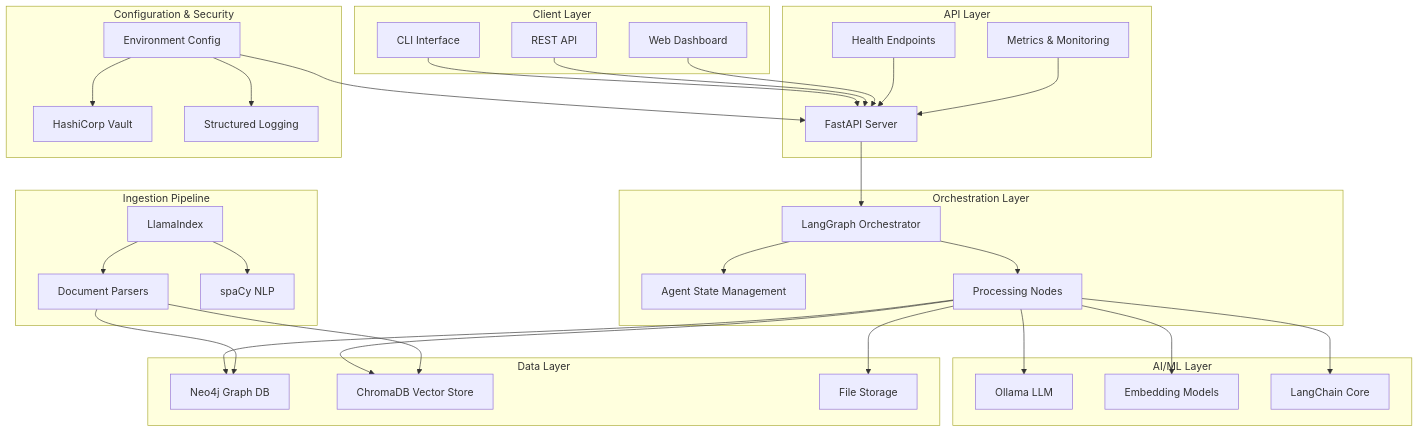
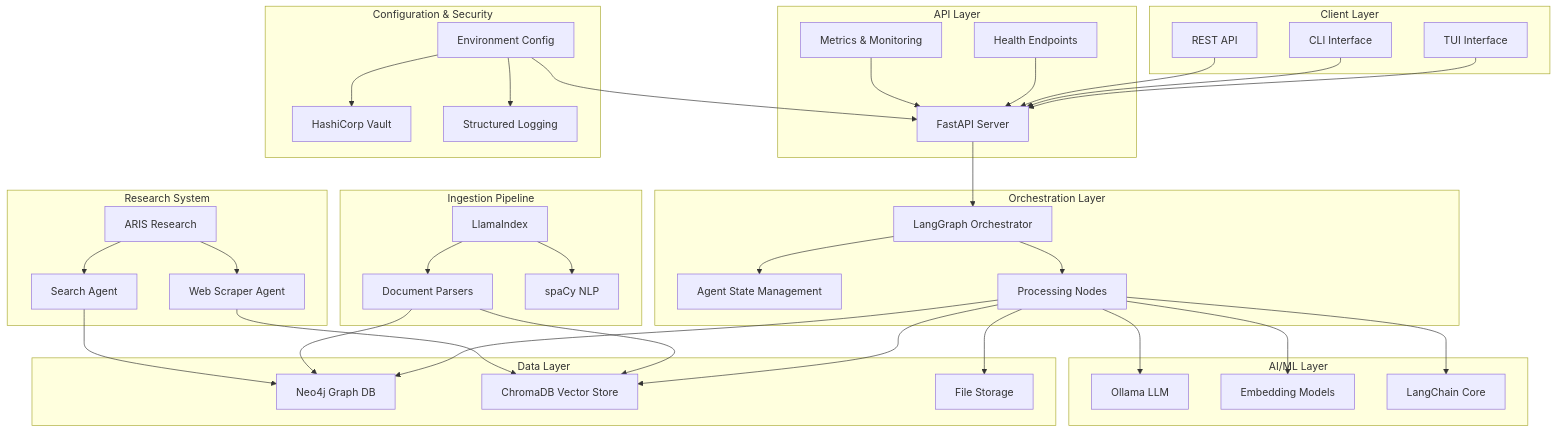
One commit to funkyflowstudios/cognitive-orchestration-stack changed the first of 2 diagrams in README.md. Above: the diagram before and after it, drawn with Mermaid. The commit also changed other lines of this file and 43 other files, not shown here.

````diff
--- a/README.md
+++ b/README.md
@@ -7,71 +7,82 @@
 ```mermaid
 graph TB
     subgraph "Client Layer"
+        TUI[TUI Interface]
         CLI[CLI Interface]
         API[REST API]
-        WEB[Web Dashboard]
     end
 
     subgraph "API Layer"
         FASTAPI[FastAPI Server]
         HEALTH[Health Endpoints]
         METRICS[Metrics & Monitoring]
     end
 
     subgraph "Orchestration Layer"
         LANGGRAPH[LangGraph Orchestrator]
         STATE[Agent State Management]
         NODES[Processing Nodes]
     end
 
     subgraph "AI/ML Layer"
         OLLAMA[Ollama LLM]
         EMBEDDINGS[Embedding Models]
         LANGCHAIN[LangChain Core]
     end
 
     subgraph "Data Layer"
         NEO4J[Neo4j Graph DB]
         CHROMADB[ChromaDB Vector Store]
         FILES[File Storage]
     end
 
     subgraph "Ingestion Pipeline"
         LLAMAINDEX[LlamaIndex]
         PARSERS[Document Parsers]
         SPACY[spaCy NLP]
     end
 
+    subgraph "Research System"
+        ARIS[ARIS Research]
+        SCRAPER[Web Scraper Agent]
+        SEARCH[Search Agent]
+    end
+
     subgraph "Configuration & Security"
         CONFIG[Environment Config]
         VAULT[HashiCorp Vault]
         LOGS[Structured Logging]
     end
 
+    TUI --> FASTAPI
     CLI --> FASTAPI
     API --> FASTAPI
-    WEB --> FASTAPI
 
     FASTAPI --> LANGGRAPH
     HEALTH --> FASTAPI
     METRICS --> FASTAPI
 
     LANGGRAPH --> STATE
     LANGGRAPH --> NODES
     NODES --> OLLAMA
     NODES --> EMBEDDINGS
     NODES --> LANGCHAIN
 
     NODES --> NEO4J
     NODES --> CHROMADB
     NODES --> FILES
 
     LLAMAINDEX --> PARSERS
     LLAMAINDEX --> SPACY
     PARSERS --> CHROMADB
     PARSERS --> NEO4J
 
+    ARIS --> SCRAPER
+    ARIS --> SEARCH
+    SCRAPER --> CHROMADB
+    SEARCH --> NEO4J
+
     CONFIG --> VAULT
     CONFIG --> LOGS
     CONFIG --> FASTAPI
 ```
````
